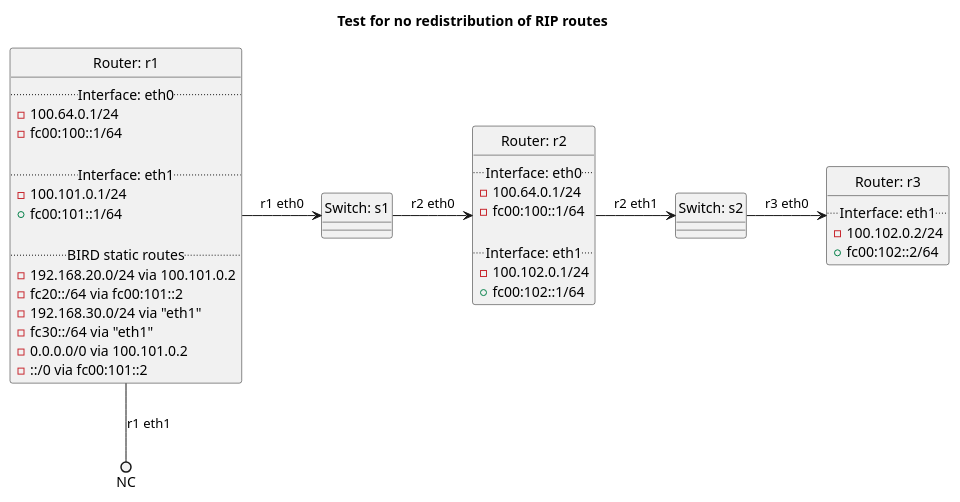
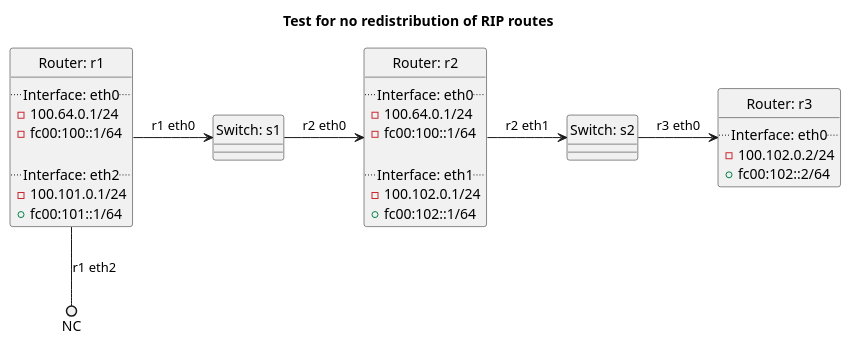
One commit to oscdev-io/birdplan changed the diagram in tests/t20_rip/t38_redistribute_rip/README.md. Above: the diagram before and after it, drawn with PlantUML. The commit also changed other lines of this file and 32 other files, not shown here.

````diff
--- a/tests/t20_rip/t38_redistribute_rip/README.md
+++ b/tests/t20_rip/t38_redistribute_rip/README.md
@@ -19,57 +16,49 @@
 ```plantuml
 @startuml
 hide circle
 title Test for no redistribution of RIP routes
 
 
 class "Router: r1" {
   .. Interface: eth0 ..
 - 100.64.0.1/24
 - fc00:100::1/64
 
-  .. Interface: eth1 ..
+  .. Interface: eth2 ..
 - 100.101.0.1/24
 + fc00:101::1/64
-
-  .. BIRD static routes ..
-  - 192.168.20.0/24 via 100.101.0.2
-  - fc20::/64 via fc00:101::2
-  - 192.168.30.0/24 via "eth1"
-  - fc30::/64 via "eth1"
-  - 0.0.0.0/0 via 100.101.0.2
-  - ::/0 via fc00:101::2
 }
 
 
 class "Router: r2" {
   .. Interface: eth0 ..
 - 100.64.0.1/24
 - fc00:100::1/64
 
   .. Interface: eth1 ..
 - 100.102.0.1/24
 + fc00:102::1/64
 }
 
 
 class "Router: r3" {
-  .. Interface: eth1 ..
+  .. Interface: eth0 ..
 - 100.102.0.2/24
 + fc00:102::2/64
 }
 
 
 class "Switch: s1" {}
 class "Switch: s2" {}
 
 
 "Router: r1" -> "Switch: s1": r1 eth0
 "Switch: s1" -> "Router: r2": r2 eth0
 
 "Router: r2" -> "Switch: s2": r2 eth1
 "Switch: s2" -> "Router: r3": r3 eth0
 
-"Router: r1" --() NC: r1 eth1
+"Router: r1" --() NC: r1 eth2
 
 @enduml
 ```
````
